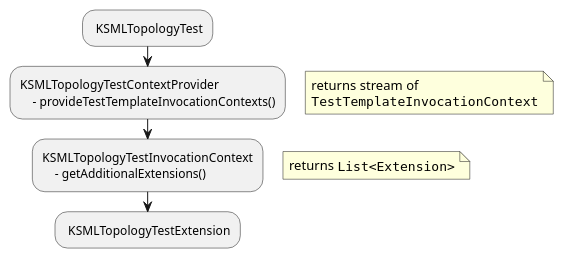
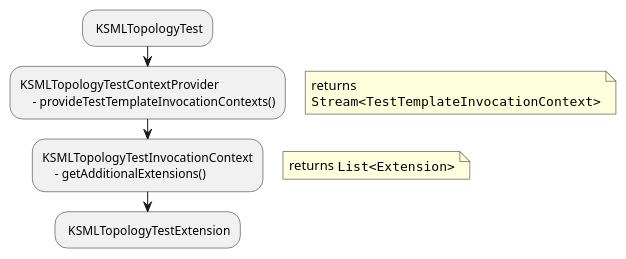
The diagram in parameterized-test.puml (tonvanbart/junit5-talk), drawn with PlantUML before and after one commit.

```diff
--- a/parameterized-test.puml
+++ b/parameterized-test.puml
@@ -1,19 +1,19 @@
 @startuml
 'https://plantuml.com/activity-diagram-beta
 
 - KSMLTopologyTest
 :KSMLTopologyTestContextProvider
     - provideTestTemplateInvocationContexts();
 floating note right
-returns stream of 
-""TestTemplateInvocationContext""
+returns 
+""Stream<TestTemplateInvocationContext>""
 end note    
 :KSMLTopologyTestInvocationContext
     - getAdditionalExtensions();
 floating note right
 returns ""List<Extension>""
 end note
 - KSMLTopologyTestExtension
 
 
 @enduml
```
